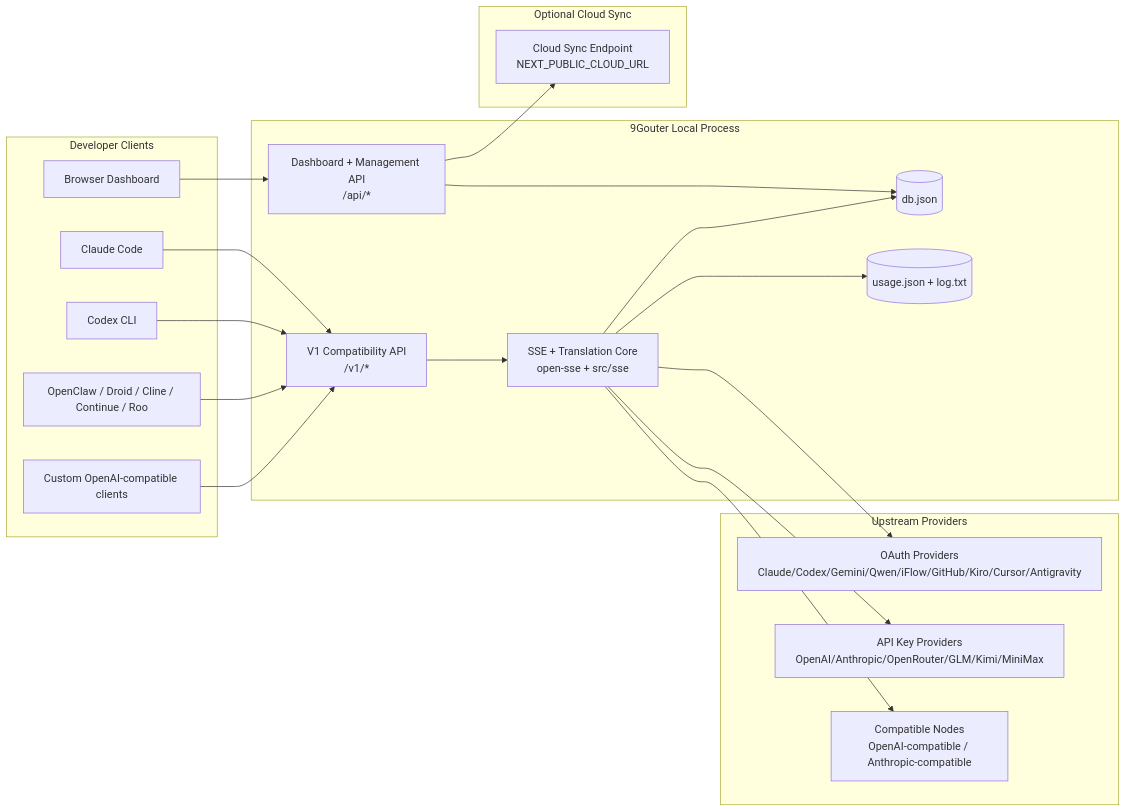
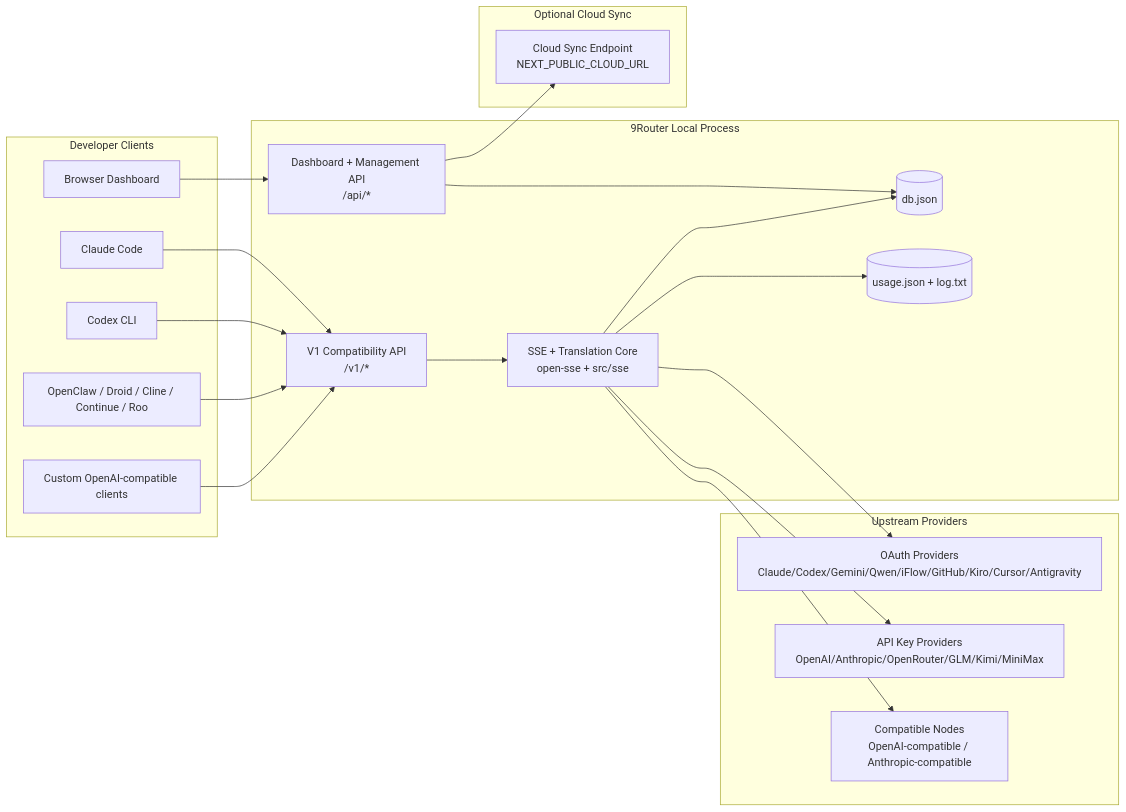
One commit to Artiffusion-Inc/9gouter changed the first of 7 diagrams in docs/ARCHITECTURE.md. Above: the diagram before and after it, drawn with Mermaid. The commit also changed other lines of this file and 538 other files, not shown here.

````diff
--- a/docs/ARCHITECTURE.md
+++ b/docs/ARCHITECTURE.md
@@ -45,45 +45,45 @@
 ```mermaid
 flowchart LR
     subgraph Clients[Developer Clients]
         C1[Claude Code]
         C2[Codex CLI]
         C3[OpenClaw / Droid / Cline / Continue / Roo]
         C4[Custom OpenAI-compatible clients]
         BROWSER[Browser Dashboard]
     end
 
-    subgraph Router[9Gouter Local Process]
+    subgraph Router[9Router Local Process]
         API[V1 Compatibility API\n/v1/*]
         DASH[Dashboard + Management API\n/api/*]
         CORE[SSE + Translation Core\nopen-sse + src/sse]
         DB[(db.json)]
         UDB[(usage.json + log.txt)]
     end
 
     subgraph Upstreams[Upstream Providers]
         P1[OAuth Providers\nClaude/Codex/Gemini/Qwen/iFlow/GitHub/Kiro/Cursor/Antigravity]
         P2[API Key Providers\nOpenAI/Anthropic/OpenRouter/GLM/Kimi/MiniMax]
         P3[Compatible Nodes\nOpenAI-compatible / Anthropic-compatible]
     end
 
     subgraph Cloud[Optional Cloud Sync]
         CLOUD[Cloud Sync Endpoint\nNEXT_PUBLIC_CLOUD_URL]
     end
 
     C1 --> API
     C2 --> API
     C3 --> API
     C4 --> API
     BROWSER --> DASH
 
     API --> CORE
     DASH --> DB
     CORE --> DB
     CORE --> UDB
 
     CORE --> P1
     CORE --> P2
     CORE --> P3
 
     DASH --> CLOUD
 ```
````
